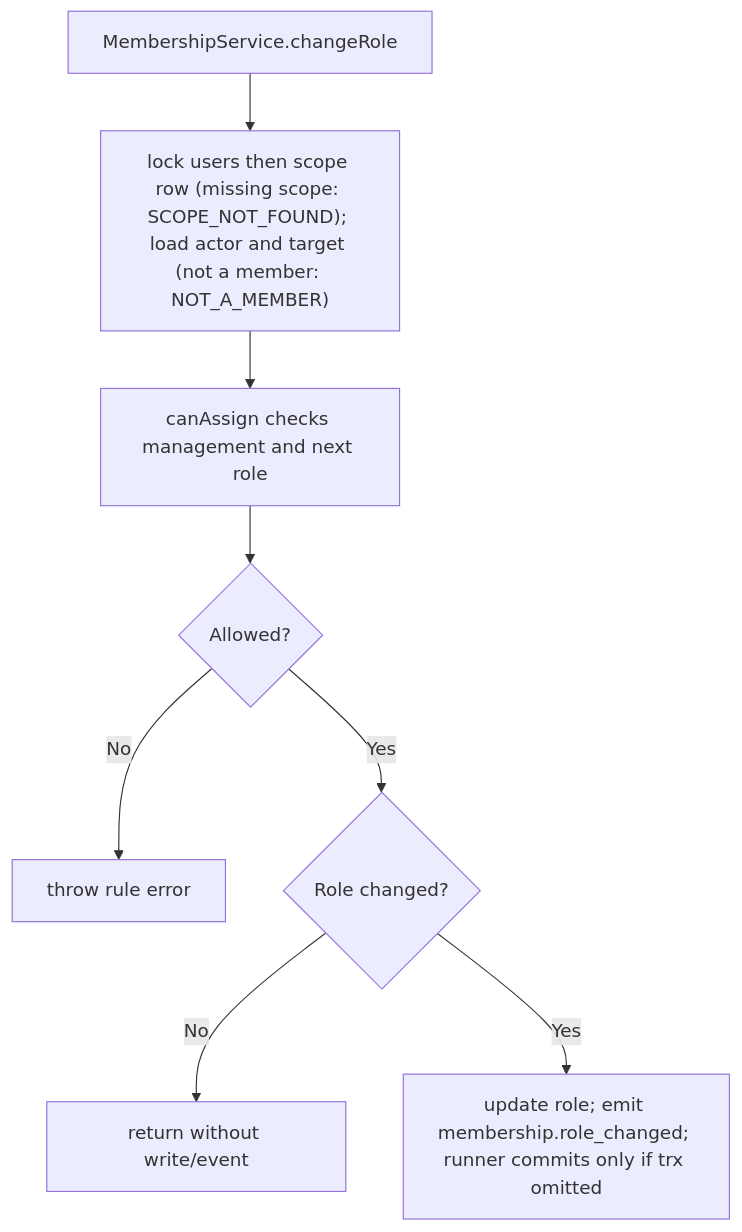
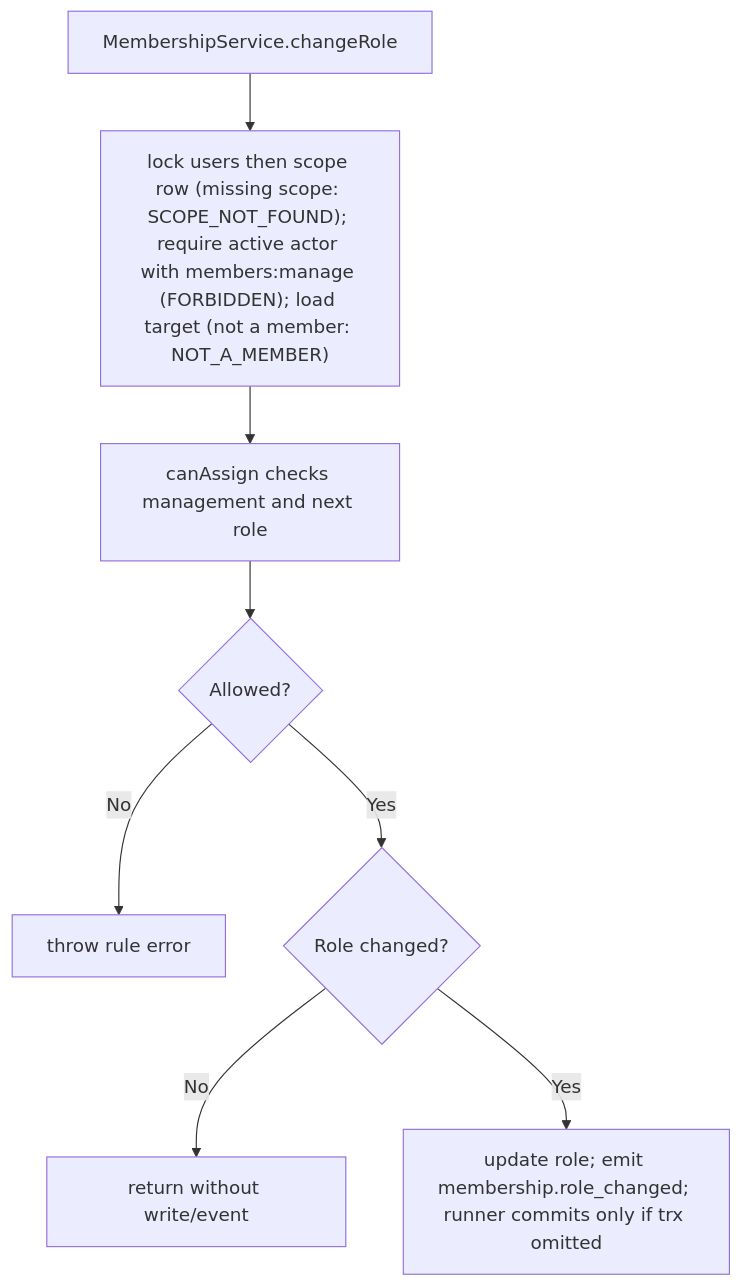
Before and after one commit to Kevinjohn/oss-adonisjs-access-control: the second of 2 diagrams in user-stories/US-ACCESS-04-change-member-role.md, drawn with Mermaid. The commit also changed other lines of this file and 4 other files, not shown here.

````diff
--- a/user-stories/US-ACCESS-04-change-member-role.md
+++ b/user-stories/US-ACCESS-04-change-member-role.md
@@ -39,10 +39,10 @@
 ```mermaid
 flowchart TD
-    A["MembershipService.changeRole"] --> B["lock users then scope row (missing scope: SCOPE_NOT_FOUND); load actor and target (not a member: NOT_A_MEMBER)"]
+    A["MembershipService.changeRole"] --> B["lock users then scope row (missing scope: SCOPE_NOT_FOUND); require active actor with members:manage (FORBIDDEN); load target (not a member: NOT_A_MEMBER)"]
     B --> C["canAssign checks management and next role"]
     C --> D{"Allowed?"}
     D -->|No| E["throw rule error"]
     D -->|Yes| F{"Role changed?"}
     F -->|No| G["return without write/event"]
     F -->|Yes| H["update role; emit membership.role_changed; runner commits only if trx omitted"]
 ```
````
